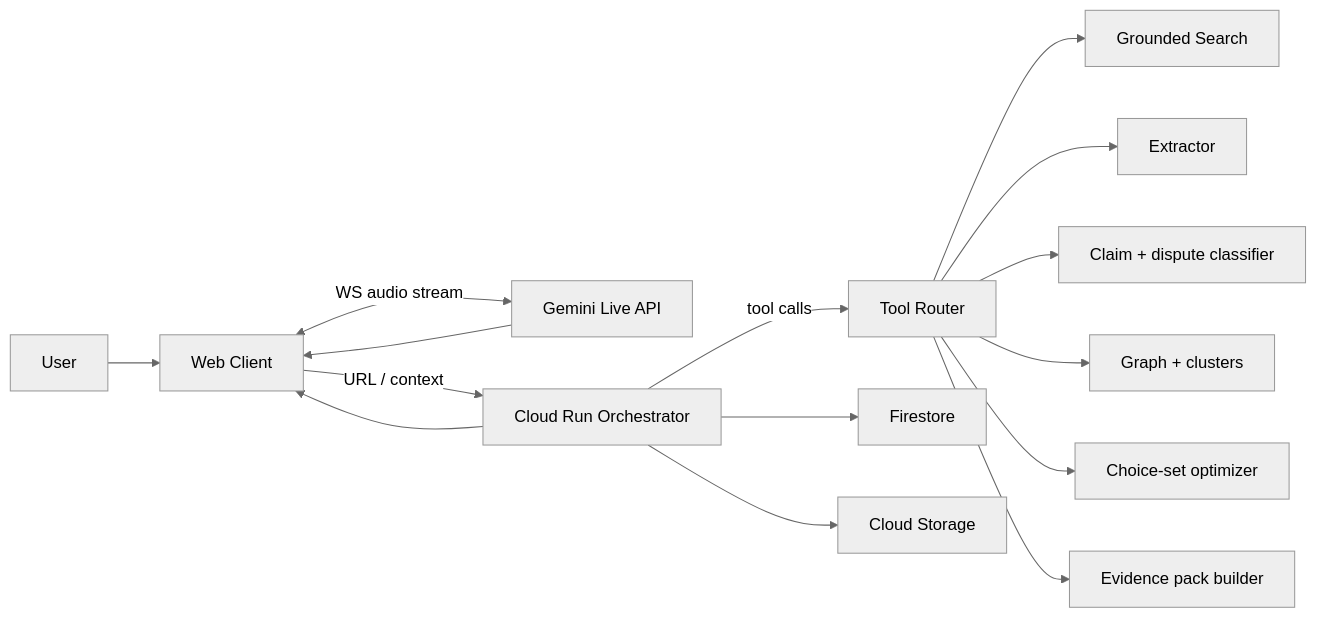
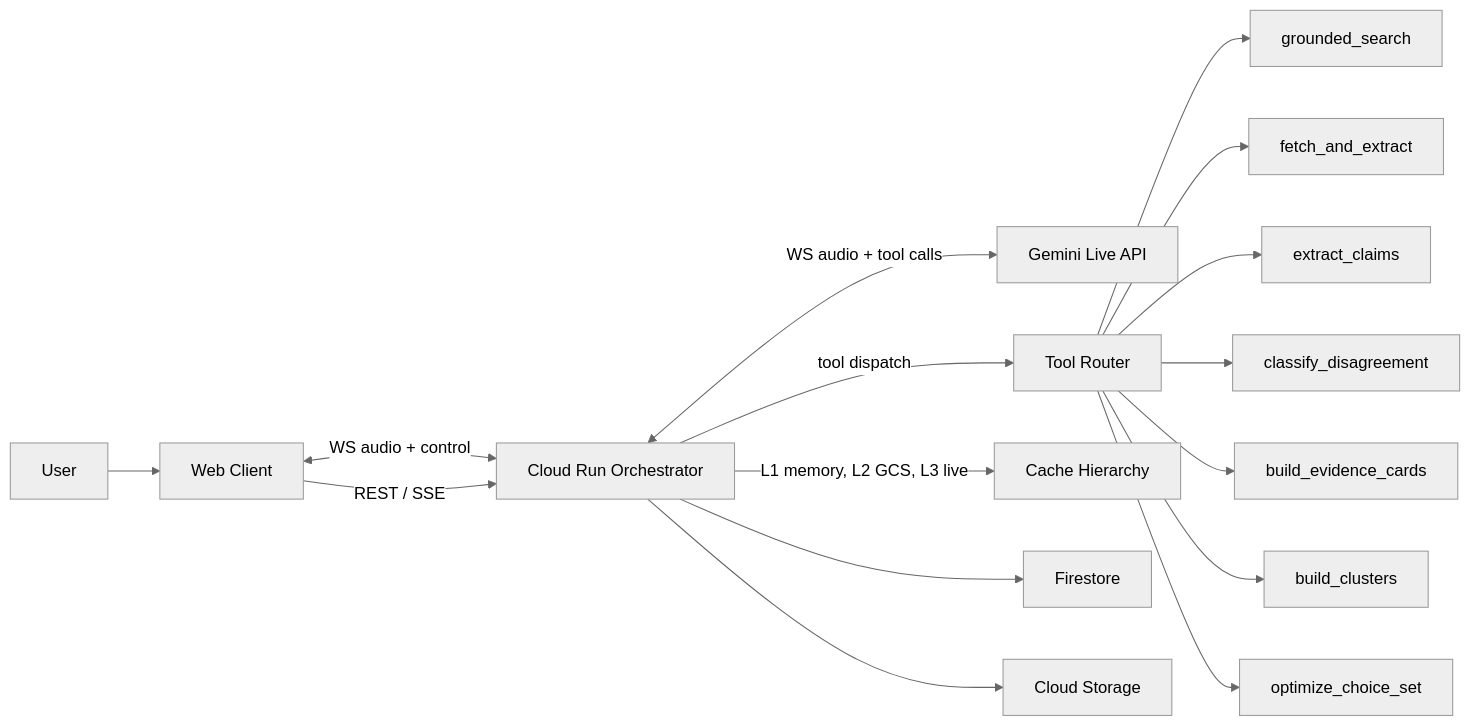
The first of 2 diagrams in architecture-4.md (seanesla/oryn), drawn with Mermaid (neutral theme) before and after one commit. The commit also changed other lines of this file and 33 other files, not shown here.

First line of the commit message:
Add tools/agent packages, GCS cache, rate limits

````diff
--- a/architecture-4.md
+++ b/architecture-4.md
@@ -181,20 +186,20 @@
 ```mermaid
 flowchart LR
   U[User] --> W[Web Client]
-  W <-->|WS audio stream| LIVE[Gemini Live API]
-  W -->|URL / context| API[Cloud Run Orchestrator]
+  W <-->|WS audio + control| API[Cloud Run Orchestrator]
+  API <-->|WS audio + tool calls| LIVE[Gemini Live API]
+  W -->|REST / SSE| API
 
-  API -->|tool calls| TOOLS[Tool Router]
-  TOOLS --> GS[Grounded Search]
-  TOOLS --> EX[Extractor]
-  TOOLS --> CL[Claim + dispute classifier]
-  TOOLS --> GR[Graph + clusters]
-  TOOLS --> CS[Choice-set optimizer]
-  TOOLS --> EP[Evidence pack builder]
+  API -->|tool dispatch| TOOLS[Tool Router]
+  TOOLS --> GS[grounded_search]
+  TOOLS --> EX[fetch_and_extract]
+  TOOLS --> CL[extract_claims]
+  TOOLS --> CD[classify_disagreement]
+  TOOLS --> EC[build_evidence_cards]
+  TOOLS --> BC[build_clusters]
+  TOOLS --> CS[optimize_choice_set]
 
+  API -->|L1 memory, L2 GCS, L3 live| CACHE[Cache Hierarchy]
   API --> FS[Firestore]
   API --> ST[Cloud Storage]
-
-  API --> W
-  LIVE --> W
 ```
````
